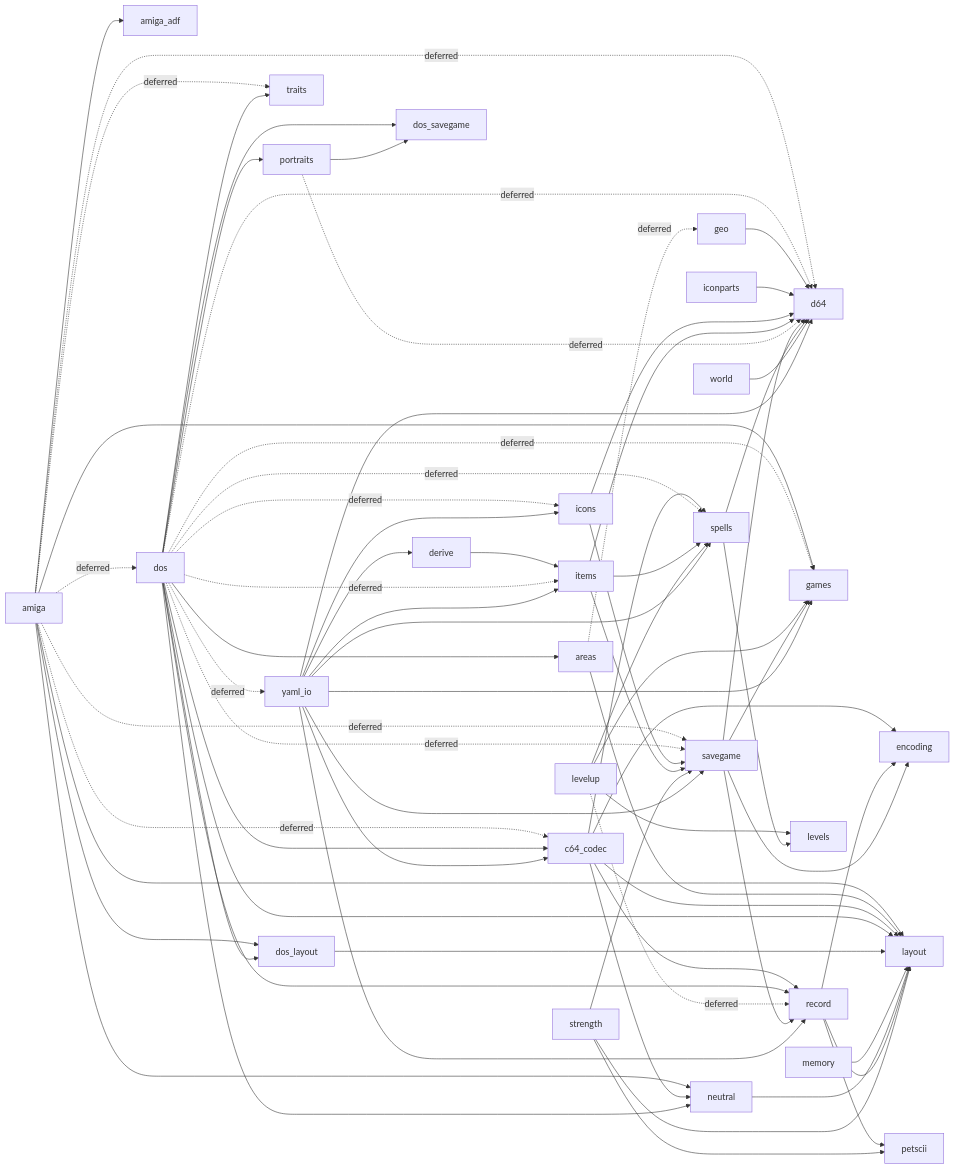
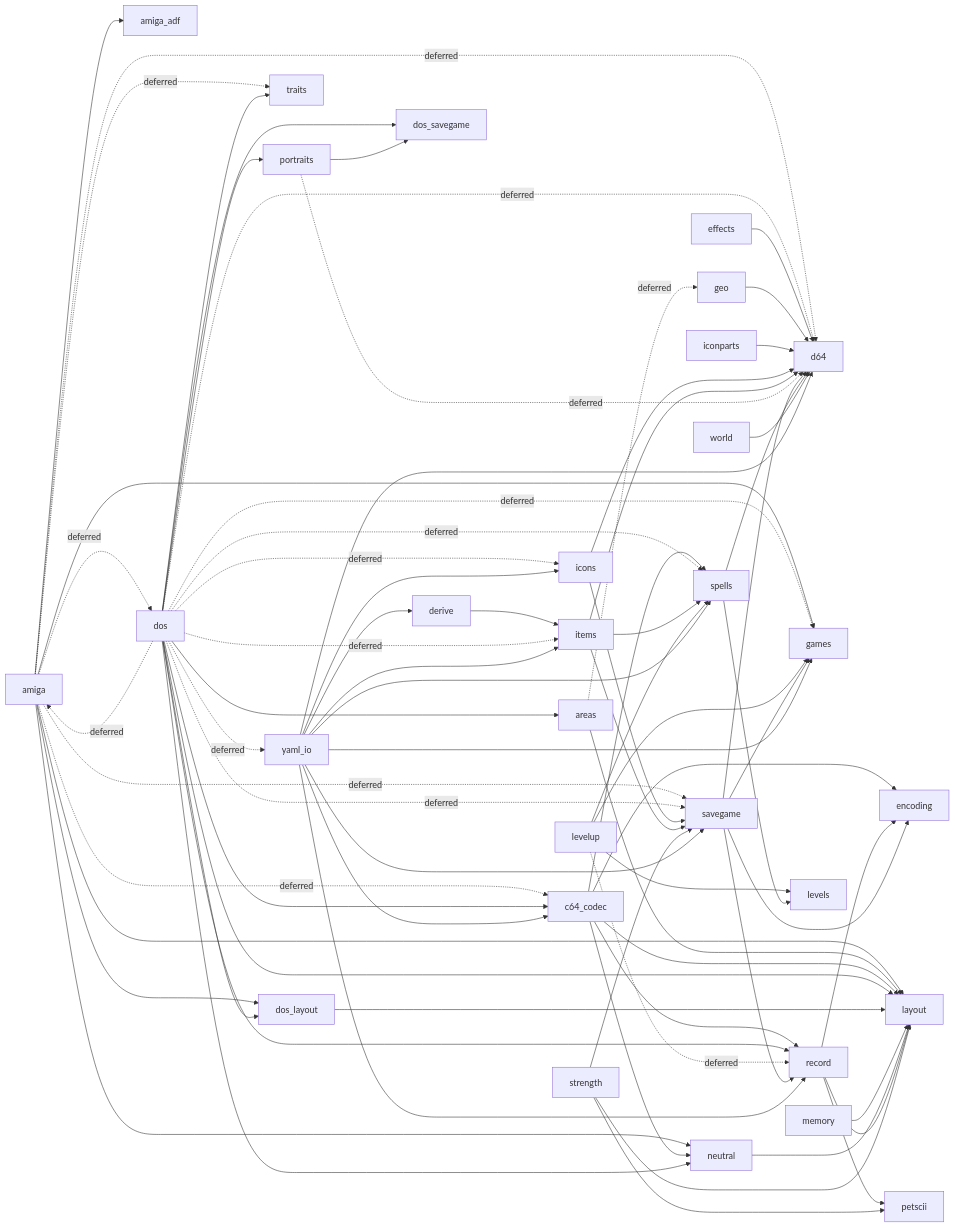
Before and after one commit to malcyon/wish: the fourth of 4 diagrams in docs/117-save-conversion.md, drawn with Mermaid. The commit also changed 4 other files, not shown here.

````diff
--- a/docs/117-save-conversion.md
+++ b/docs/117-save-conversion.md
@@ -1530,75 +1530,77 @@
 ```mermaid
 graph LR
   amiga --> amiga_adf
   amiga -.->|deferred| c64_codec
   amiga -.->|deferred| d64
   amiga -.->|deferred| dos
   amiga --> dos_layout
   amiga --> games
   amiga --> layout
   amiga --> neutral
   amiga -.->|deferred| savegame
   amiga -.->|deferred| traits
   areas -.->|deferred| geo
   areas --> layout
   c64_codec --> encoding
   c64_codec --> layout
   c64_codec --> neutral
   c64_codec --> record
   c64_codec --> spells
   derive --> items
+  dos -.->|deferred| amiga
   dos --> areas
   dos --> c64_codec
   dos -.->|deferred| d64
   dos --> dos_layout
   dos --> dos_savegame
   dos -.->|deferred| games
   dos -.->|deferred| icons
   dos -.->|deferred| items
   dos --> layout
   dos --> neutral
   dos --> portraits
   dos --> record
   dos -.->|deferred| savegame
   dos -.->|deferred| spells
   dos --> traits
   dos -.->|deferred| yaml_io
   dos_layout --> layout
+  effects --> d64
   geo --> d64
   iconparts --> d64
   icons --> d64
   icons --> savegame
   items --> d64
   items --> savegame
   items --> spells
   levelup --> games
   levelup --> levels
   levelup -.->|deferred| record
   levelup --> spells
   memory --> layout
   neutral --> layout
   portraits -.->|deferred| d64
   portraits --> dos_savegame
   record --> encoding
   record --> layout
   record --> petscii
   savegame --> d64
   savegame --> encoding
   savegame --> games
   savegame --> record
   spells --> d64
   spells --> levels
   strength --> layout
   strength --> petscii
   strength --> savegame
   world --> d64
   yaml_io --> c64_codec
   yaml_io --> d64
   yaml_io --> derive
   yaml_io --> games
   yaml_io --> icons
   yaml_io --> items
   yaml_io --> record
   yaml_io --> savegame
   yaml_io --> spells
 ```
````
